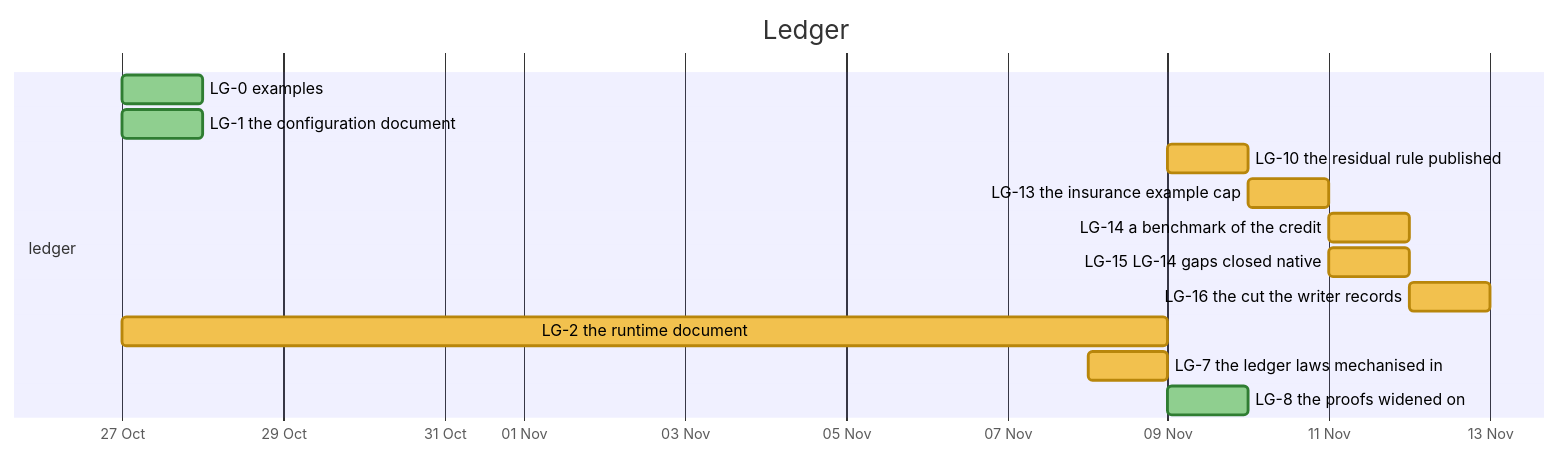
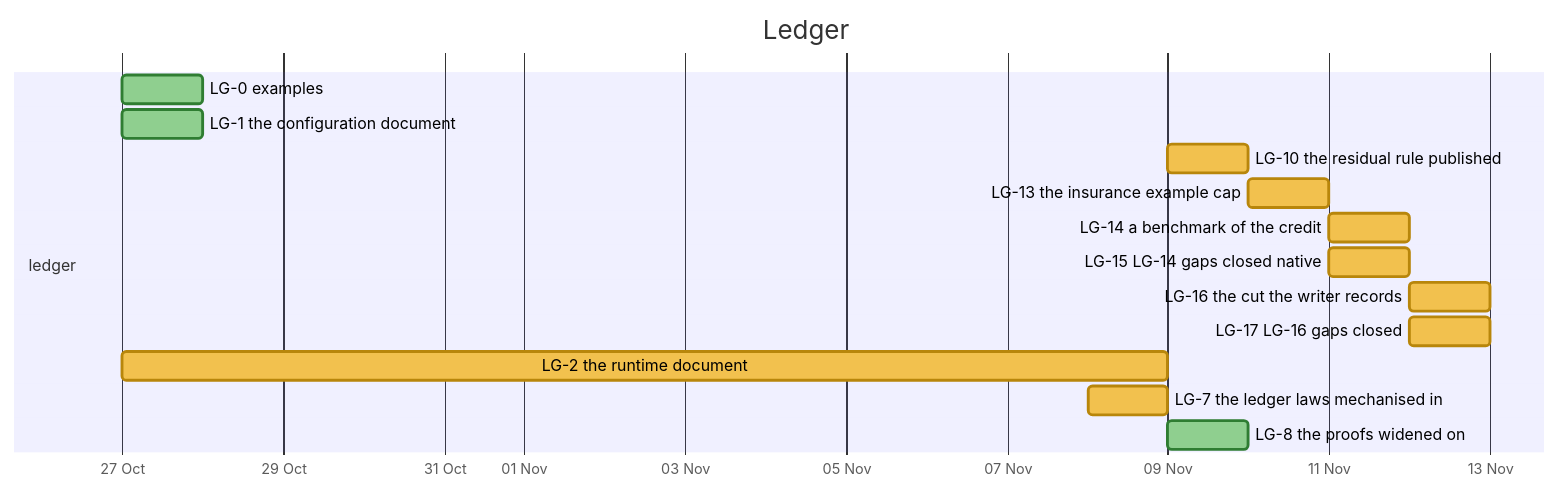
Before and after one commit to nebularis/lattice: the tenth of 31 diagrams in docs/developer/ROADMAP.md, drawn with Mermaid. The commit also changed other lines of this file and 5 other files, not shown here.

````diff
--- a/docs/developer/ROADMAP.md
+++ b/docs/developer/ROADMAP.md
@@ -334,18 +334,19 @@
 ```mermaid
 %%{init: {"themeVariables": {"taskBkgColor": "#f2c14e", "taskBorderColor": "#b8860b", "taskTextColor": "#000000", "activeTaskBkgColor": "#4e9af1", "activeTaskBorderColor": "#1f5fbf", "activeTaskBorderColor": "#1f5fbf", "doneTaskBkgColor": "#8fcf8f", "doneTaskBorderColor": "#2f7d32", "critBkgColor": "#f28b82", "critBorderColor": "#b23a30", "taskTextDarkColor": "#000000", "taskTextLightColor": "#000000"}}}%%
 gantt
     title Ledger
     dateFormat YYYY-MM-DD
     axisFormat %d %b
     section ledger
     LG-0 examples :done, lg0, 2026-10-27, 2026-10-28
     LG-1 the configuration document :done, lg1, 2026-10-27, 2026-10-28
     LG-10 the residual rule published :lg10, 2026-11-09, 2026-11-10
     LG-13 the insurance example cap :lg13, 2026-11-10, 2026-11-11
     LG-14 a benchmark of the credit :lg14, 2026-11-11, 2026-11-12
     LG-15 LG-14 gaps closed native :lg15, 2026-11-11, 2026-11-12
     LG-16 the cut the writer records :lg16, 2026-11-12, 2026-11-13
+    LG-17 LG-16 gaps closed :lg17, 2026-11-12, 2026-11-13
     LG-2 the runtime document :lg2, 2026-10-27, 2026-11-09
     LG-7 the ledger laws mechanised in :lg7, 2026-11-08, 2026-11-09
     LG-8 the proofs widened on :done, lg8, 2026-11-09, 2026-11-10
 ```
````
